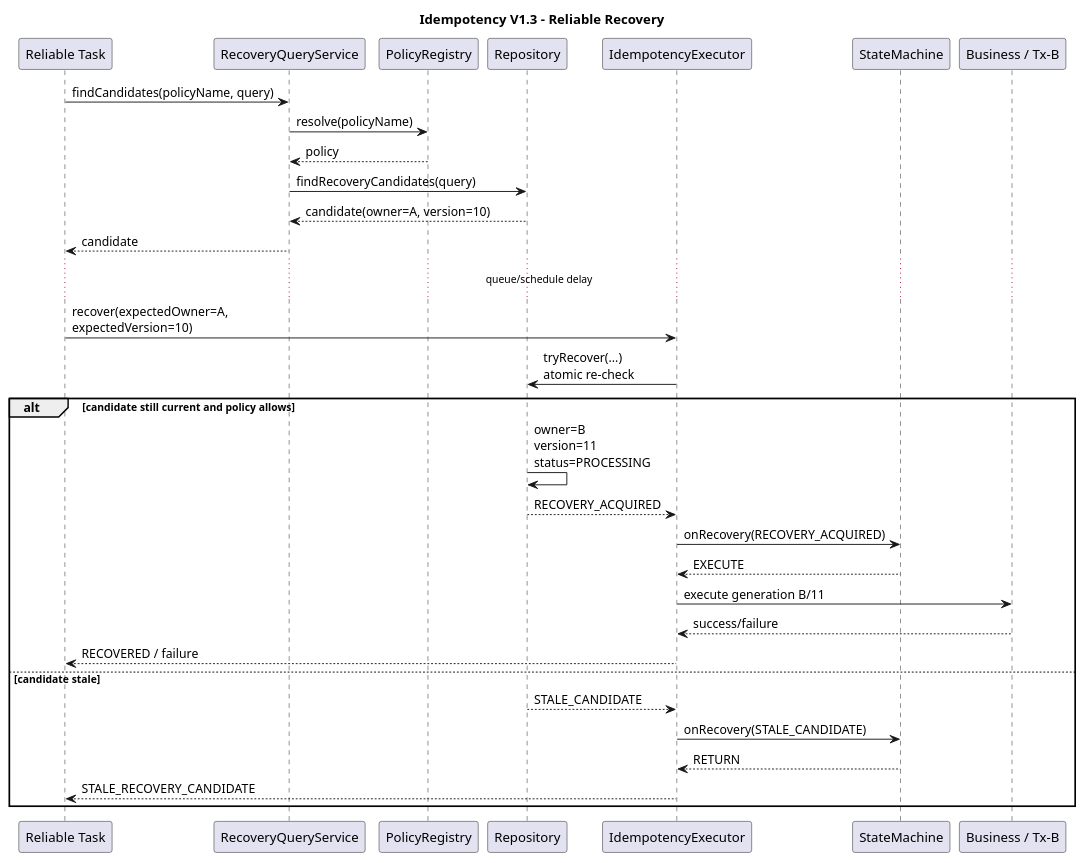
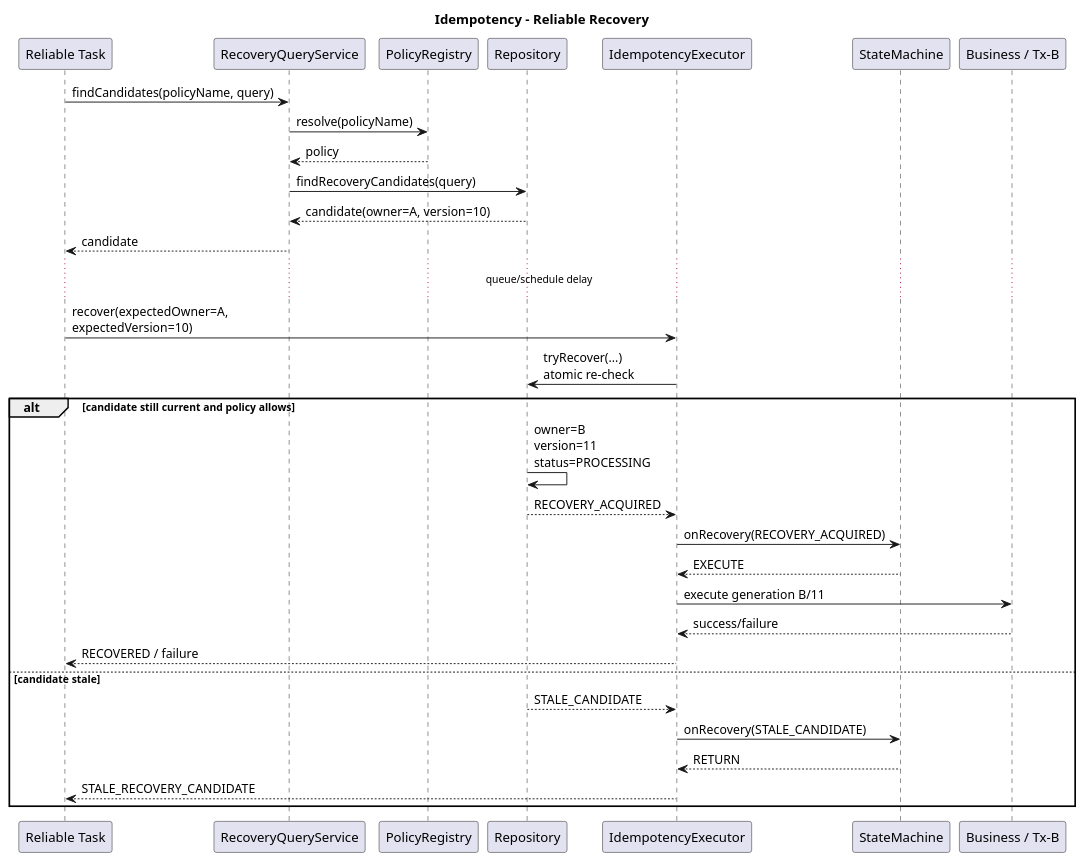
One commit to pbxjtumse/cola-web-standard changed the diagram in component/idempotent-component/docs/diagrams/sequence/L3-reliable-task-recovery.puml. Above: the diagram before and after it, drawn with PlantUML. The commit also changed 47 other files, not shown here.

```diff
--- a/component/idempotent-component/docs/diagrams/sequence/L3-reliable-task-recovery.puml
+++ b/component/idempotent-component/docs/diagrams/sequence/L3-reliable-task-recovery.puml
@@ -1,38 +1,38 @@
 @startuml
-title Idempotency V1.3 - Reliable Recovery
+title Idempotency - Reliable Recovery
 
 participant "Reliable Task" as Task
 participant "RecoveryQueryService" as Q
 participant "PolicyRegistry" as P
 participant "Repository" as R
 participant "IdempotencyExecutor" as E
 participant "StateMachine" as S
 participant "Business / Tx-B" as B
 
 Task -> Q : findCandidates(policyName, query)
 Q -> P : resolve(policyName)
 P --> Q : policy
 Q -> R : findRecoveryCandidates(query)
 R --> Q : candidate(owner=A, version=10)
 Q --> Task : candidate
 
 ... queue/schedule delay ...
 
 Task -> E : recover(expectedOwner=A,\nexpectedVersion=10)
 E -> R : tryRecover(...)\natomic re-check
 
 alt candidate still current and policy allows
   R -> R : owner=B\nversion=11\nstatus=PROCESSING
   R --> E : RECOVERY_ACQUIRED
   E -> S : onRecovery(RECOVERY_ACQUIRED)
   S --> E : EXECUTE
   E -> B : execute generation B/11
   B --> E : success/failure
   E --> Task : RECOVERED / failure
 else candidate stale
   R --> E : STALE_CANDIDATE
   E -> S : onRecovery(STALE_CANDIDATE)
   S --> E : RETURN
   E --> Task : STALE_RECOVERY_CANDIDATE
 end
 @enduml
```
